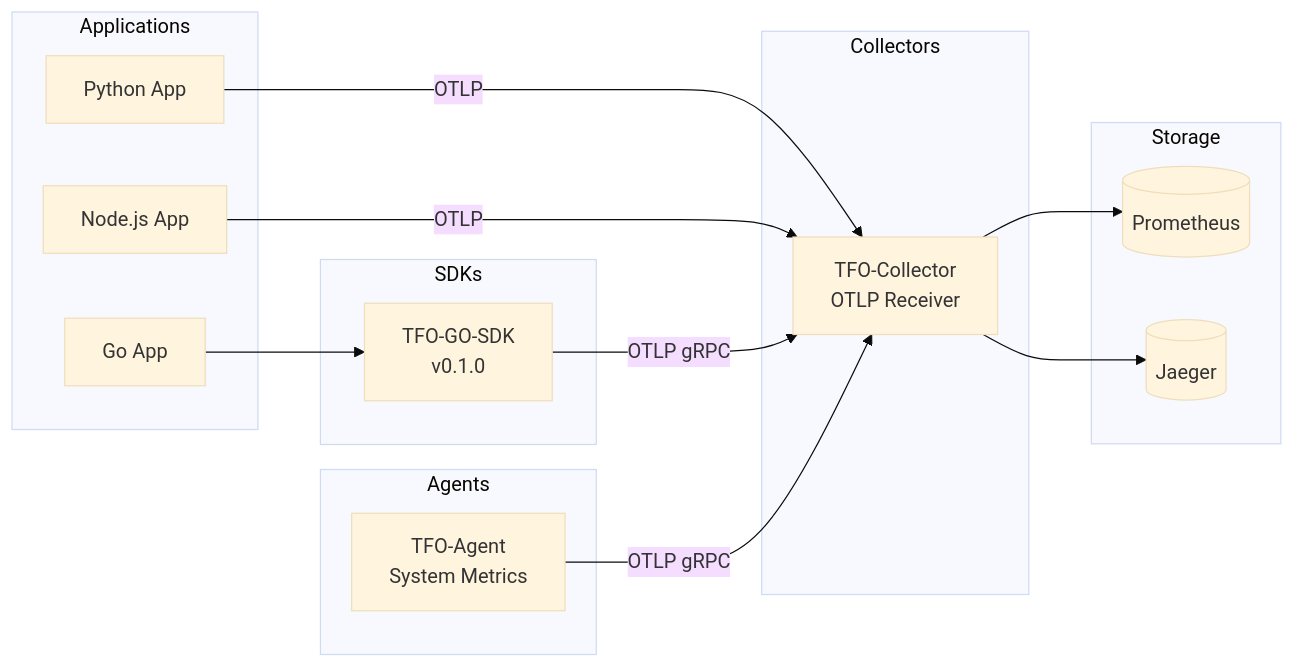
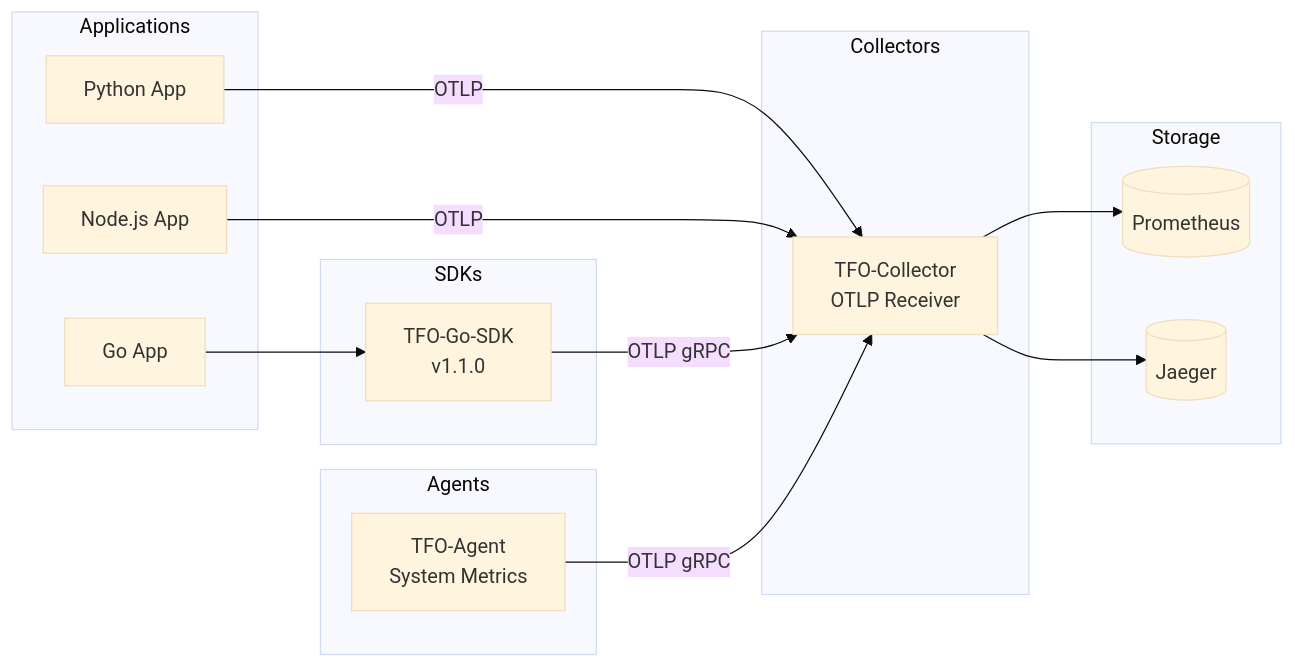
The second of 11 diagrams in docs/ARCHITECTURE.md (telemetryflow/telemetryflow-agent), drawn with Mermaid (base theme) before and after one commit. The commit also changed 5 other files, not shown here.

Commit message:
Refactoring TFO-Agent for validation latest OTEL Community SDK version

````diff
--- a/docs/ARCHITECTURE.md
+++ b/docs/ARCHITECTURE.md
@@ -53,33 +53,33 @@
 ```mermaid
 graph LR
     subgraph "Applications"
         APP1[Go App]
         APP2[Python App]
         APP3[Node.js App]
     end
 
     subgraph "SDKs"
-        SDK[TFO-GO-SDK<br/>v0.1.0]
+        SDK[TFO-Go-SDK<br/>v1.1.0]
     end
 
     subgraph "Agents"
         AGENT[TFO-Agent<br/>System Metrics]
     end
 
     subgraph "Collectors"
         COLL[TFO-Collector<br/>OTLP Receiver]
     end
 
     subgraph "Storage"
         PROM[(Prometheus)]
         JAEGER[(Jaeger)]
     end
 
     APP1 --> SDK
     APP2 -->|OTLP| COLL
     APP3 -->|OTLP| COLL
     SDK -->|OTLP gRPC| COLL
     AGENT -->|OTLP gRPC| COLL
     COLL --> PROM
     COLL --> JAEGER
 ```
````
